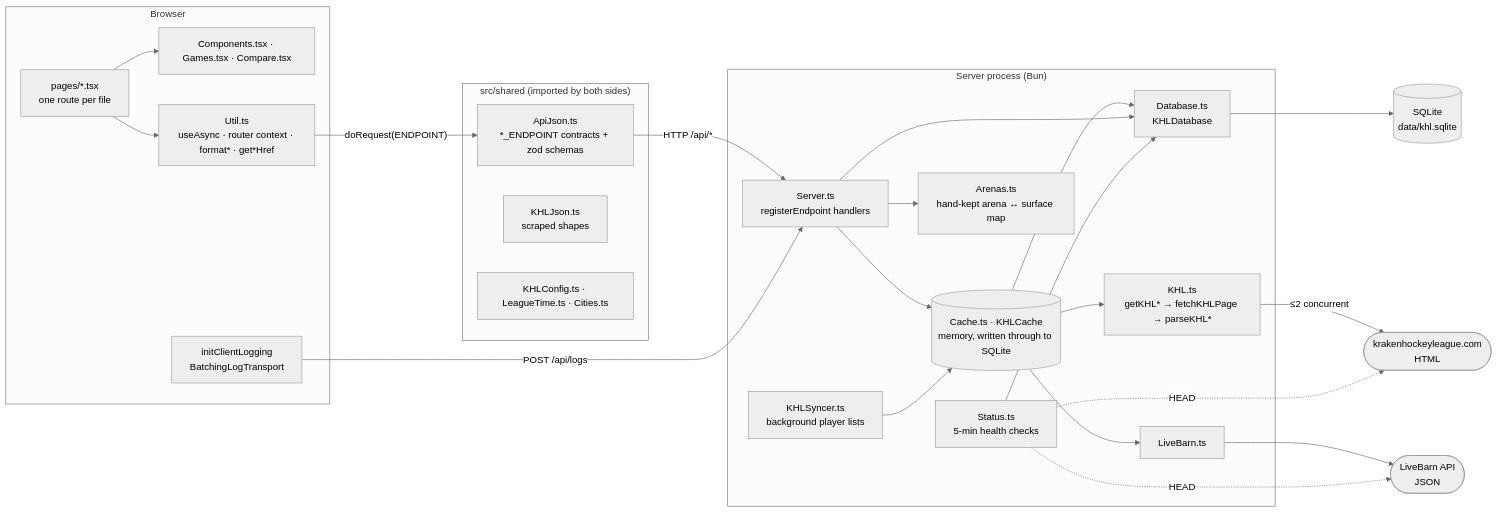
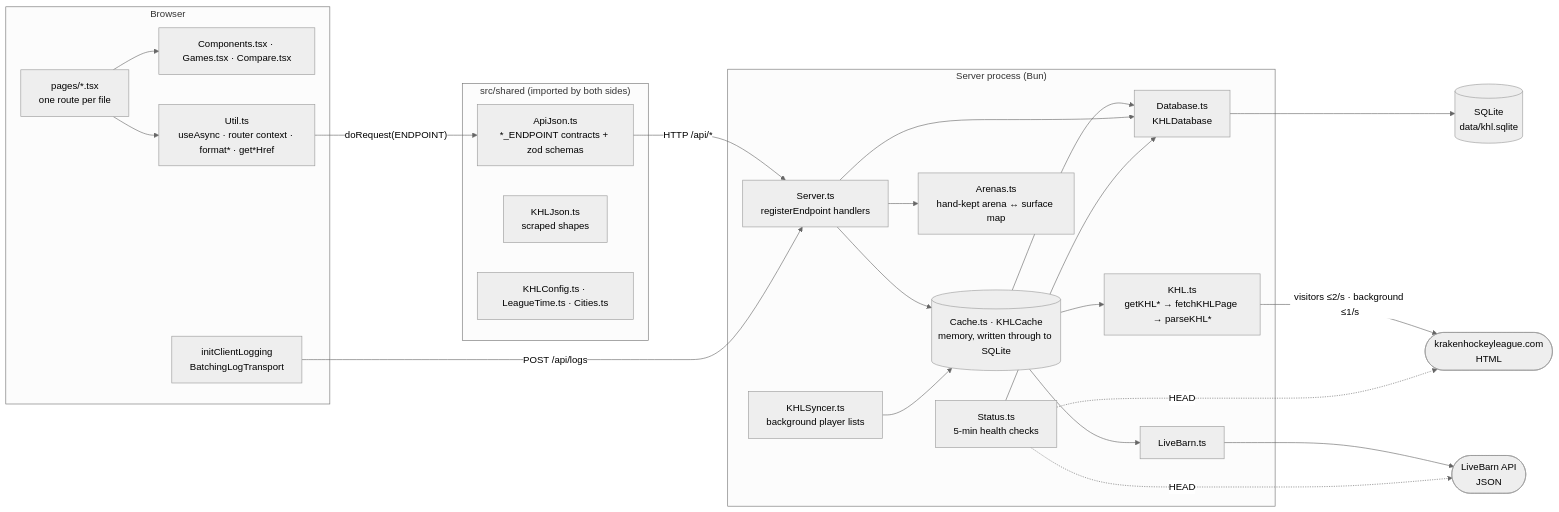
The first of 7 diagrams in projects/khl/ARCHITECTURE.md (dvdzkwsk/dvdzkwsk), drawn with Mermaid (neutral theme) before and after one commit. The commit also changed other lines of this file and 6 other files, not shown here.

First line of the commit message:
KHL: rate-limit KHL fetches with separate visitor and background limiters

````diff
--- a/projects/khl/ARCHITECTURE.md
+++ b/projects/khl/ARCHITECTURE.md
@@ -5,49 +5,49 @@
 ```mermaid
 flowchart LR
     subgraph Browser
         Pages["pages/*.tsx<br/>one route per file"]
         UI["Components.tsx · Games.tsx · Compare.tsx"]
         Util["Util.ts<br/>useAsync · router context · format* · get*Href"]
         ClientLog["initClientLogging<br/>BatchingLogTransport"]
         Pages --> UI
         Pages --> Util
     end
 
     subgraph Shared["src/shared (imported by both sides)"]
         ApiJson["ApiJson.ts<br/>*_ENDPOINT contracts + zod schemas"]
         KHLJson["KHLJson.ts<br/>scraped shapes"]
         Config["KHLConfig.ts · LeagueTime.ts · Cities.ts"]
     end
 
     subgraph Server["Server process (Bun)"]
         Express["Server.ts<br/>registerEndpoint handlers"]
         Cache[("Cache.ts · KHLCache<br/>memory, written through to SQLite")]
         Syncer["KHLSyncer.ts<br/>background player lists"]
         KHL["KHL.ts<br/>getKHL* → fetchKHLPage → parseKHL*"]
         LB["LiveBarn.ts"]
         Arenas["Arenas.ts<br/>hand-kept arena ↔ surface map"]
         DB["Database.ts<br/>KHLDatabase"]
         Status["Status.ts<br/>5-min health checks"]
     end
 
     SQLite[("SQLite<br/>data/khl.sqlite")]
     KHLSite(["krakenhockeyleague.com<br/>HTML"])
     LBAPI(["LiveBarn API<br/>JSON"])
 
     Util -- "doRequest(ENDPOINT)" --> ApiJson
     ApiJson -- "HTTP /api/*" --> Express
     ClientLog -- "POST /api/logs" --> Express
     Express --> Cache
     Syncer --> Cache
     Cache --> DB
     Cache --> KHL
     Cache --> LB
     Express --> Arenas
     Express --> DB
     Status --> DB
     DB --> SQLite
-    KHL -- "≤2 concurrent" --> KHLSite
+    KHL -- "visitors ≤2/s · background ≤1/s" --> KHLSite
     LB --> LBAPI
     Status -. "HEAD" .-> KHLSite
     Status -. "HEAD" .-> LBAPI
 ```
````
